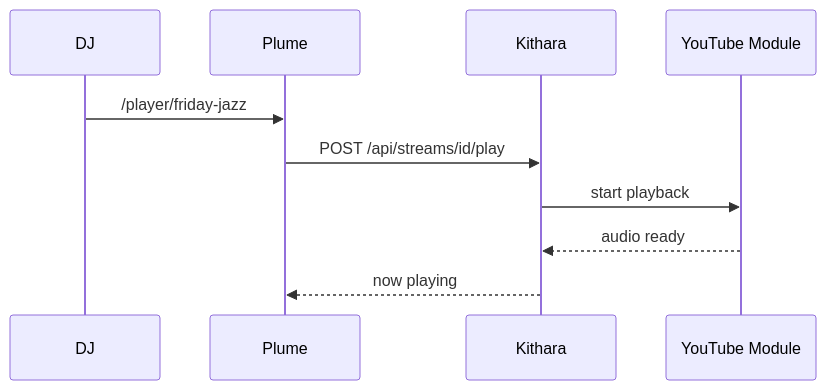
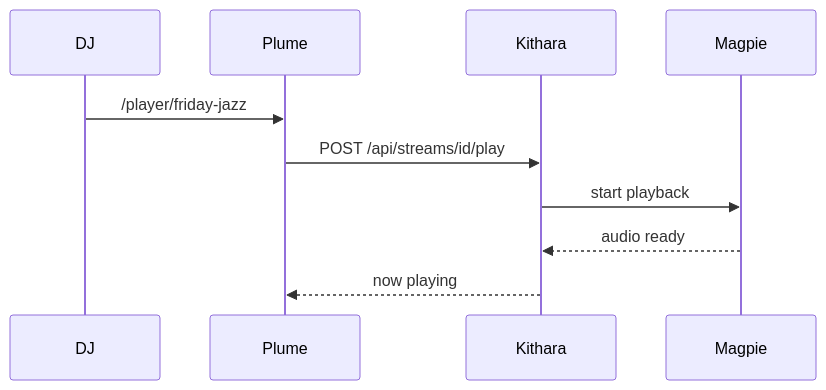
The second of 3 diagrams in profile/docs/architecture/04-user-journeys.md (Bardie-radio/.github), drawn with Mermaid before and after one commit. The commit also changed other lines of this file and 11 other files, not shown here.

````diff
--- a/profile/docs/architecture/04-user-journeys.md
+++ b/profile/docs/architecture/04-user-journeys.md
@@ -24,13 +24,13 @@
 ```mermaid
 sequenceDiagram
   participant DJ
   participant Plume
   participant Kithara
-  participant YT as YouTube Module
+  participant Magpie
 
   DJ->>Plume: /player/friday-jazz
   Plume->>Kithara: POST /api/streams/id/play
-  Kithara->>YT: start playback
-  YT-->>Kithara: audio ready
+  Kithara->>Magpie: start playback
+  Magpie-->>Kithara: audio ready
   Kithara-->>Plume: now playing
 ```
````
